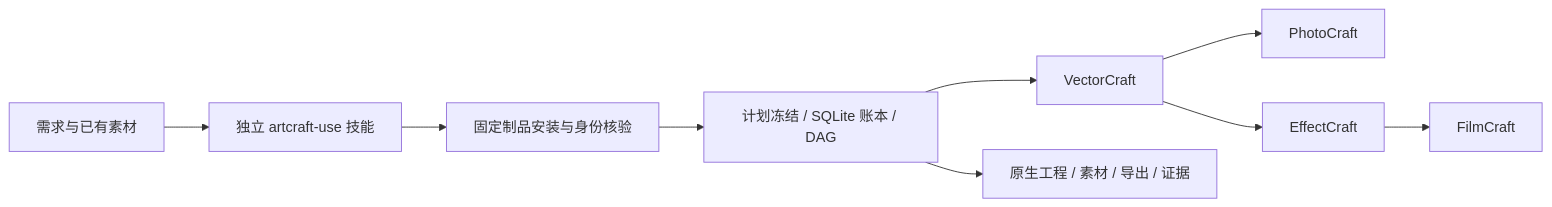
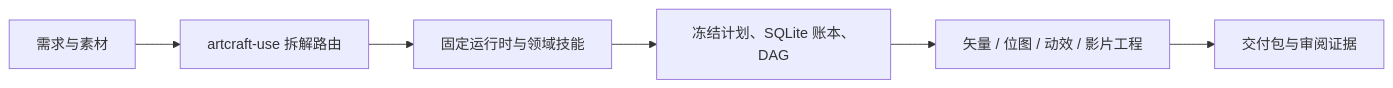
One commit to full-aigc-plugins/artcraft-plugin changed the diagram in README.zh-CN.md. Above: the diagram before and after it, drawn with Mermaid. The commit also changed other lines of this file and 3 other files, not shown here.

````diff
--- a/README.zh-CN.md
+++ b/README.zh-CN.md
@@ -216,11 +73,8 @@
 ```mermaid
 flowchart LR
- U[需求与已有素材] --> S[独立 artcraft-use 技能]
- S --> I[固定制品安装与身份核验]
- I --> H[计划冻结 / SQLite 账本 / DAG]
- H --> V[VectorCraft]
- V --> P[PhotoCraft]
- V --> E[EffectCraft]
- E --> F[FilmCraft]
- H --> A[原生工程 / 素材 / 导出 / 证据]
+    A[需求与素材] --> B[artcraft-use 拆解路由]
+    B --> C[固定运行时与领域技能]
+    C --> D[冻结计划、SQLite 账本、DAG]
+    D --> E[矢量 / 位图 / 动效 / 影片工程]
+    E --> F[交付包与审阅证据]
 ```
````
